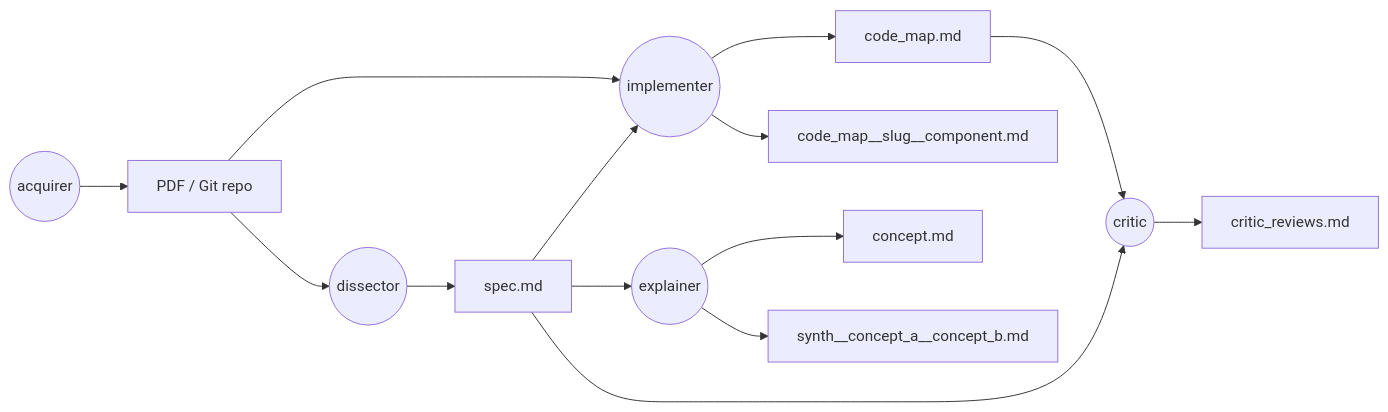
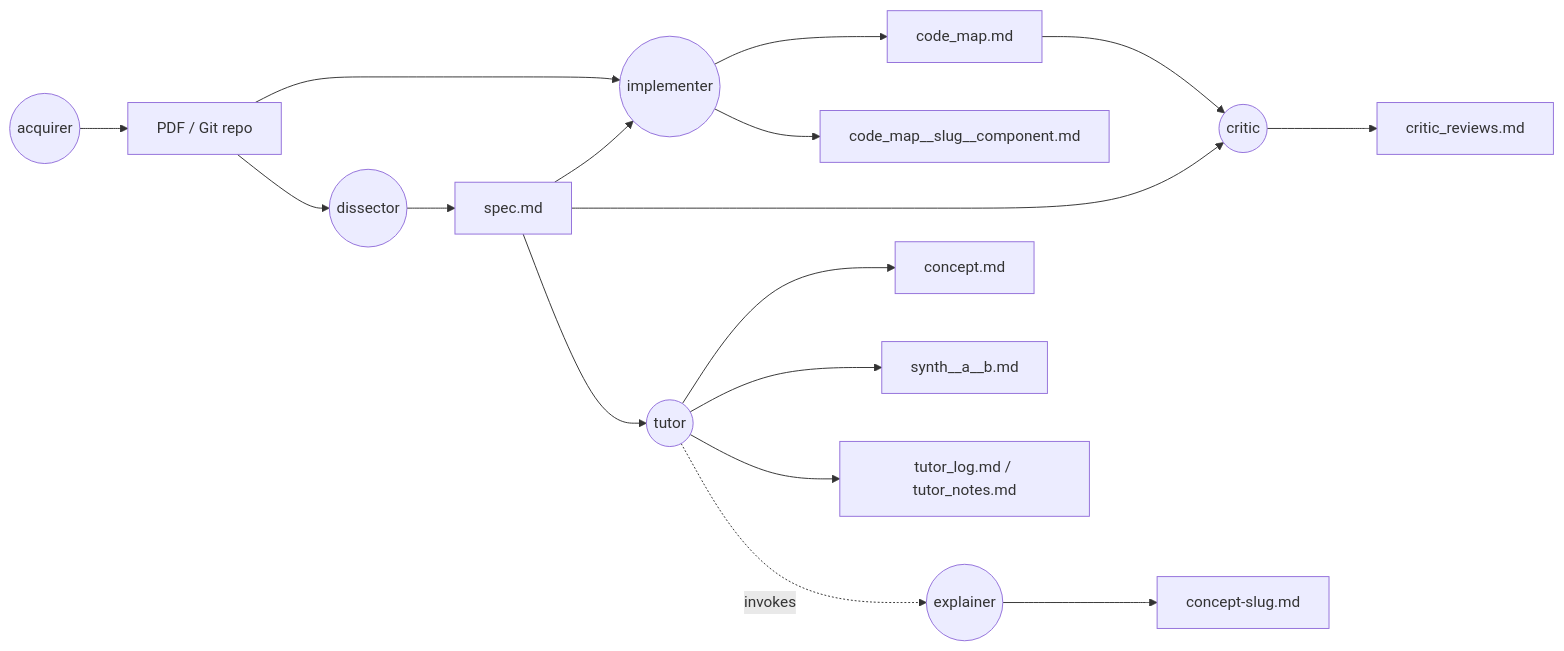
One commit to outboundbird/paperlab-cursor changed the diagram in README.md. Above: the diagram before and after it, drawn with Mermaid. The commit also changed other lines of this file and 1 other file, not shown here.

Commit message:
update roadmap and readme for comparator

````diff
--- a/README.md
+++ b/README.md
@@ -8,19 +8,22 @@
 ```mermaid
 flowchart LR
     Acquirer((acquirer)) --> Sources[PDF / Git repo]
     Sources --> Dissector((dissector))
     Dissector --> Spec[spec.md]
 
     Spec --> Implementer((implementer))
     Sources --> Implementer
     Implementer --> CodeMap[code_map.md]
     Implementer --> DeepDive[code_map__slug__component.md]
 
-    Spec --> Explainer((explainer))
-    Explainer --> Concept[concept.md]
-    Explainer --> Synth[synth__concept_a__concept_b.md]
+    Spec --> Critic((critic))
+    CodeMap --> Critic
+    Critic --> Review[critic_reviews.md]
 
-    Spec --> Critic((critic))
-    CodeMap --> Critic((critic))
-    Critic --> Review[critic_reviews.md]
+    Spec --> Tutor((tutor))
+    Tutor -. invokes .-> Explainer((explainer))
+    Explainer --> ConceptBound[concept-slug.md]
+    Tutor --> Concept[concept.md]
+    Tutor --> Synth[synth__a__b.md]
+    Tutor --> TutorLog[tutor_log.md / tutor_notes.md]
 ```
````
